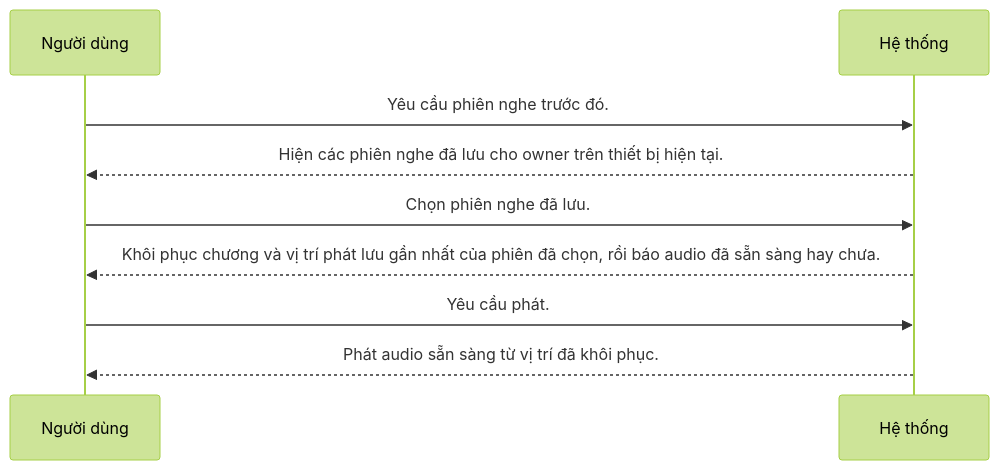
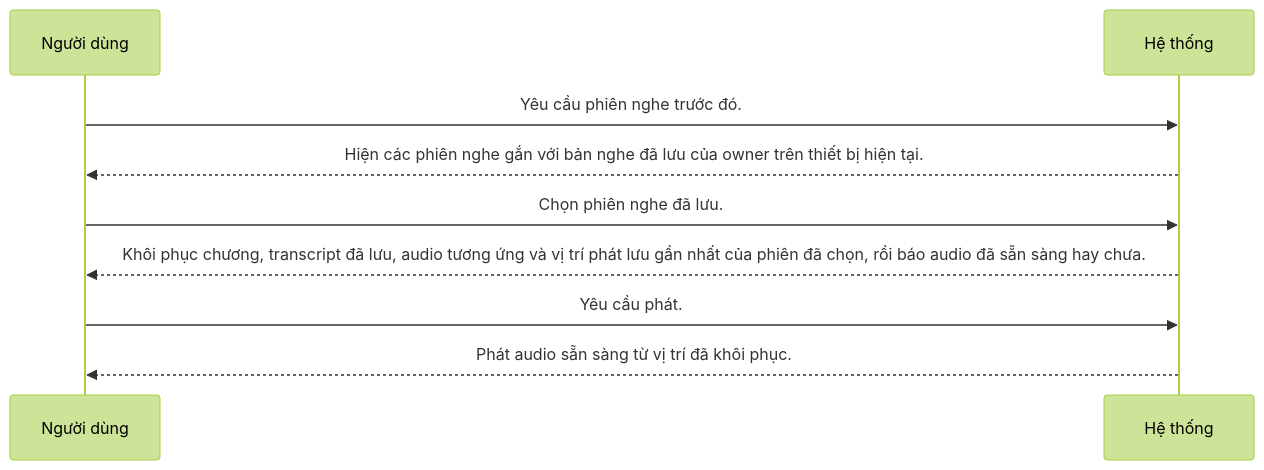
Before and after one commit to BuhDuy256/novsay: the diagram in docs/spec/02-use-cases/UC-003.md, drawn with Mermaid (forest theme). The commit also changed other lines of this file and 16 other files, not shown here.

````diff
--- a/docs/spec/02-use-cases/UC-003.md
+++ b/docs/spec/02-use-cases/UC-003.md
@@ -12,11 +12,11 @@
 ```mermaid
 sequenceDiagram
   participant U as Người dùng
   participant S as Hệ thống
   U->>S: Yêu cầu phiên nghe trước đó.
-  S-->>U: Hiện các phiên nghe đã lưu cho owner trên thiết bị hiện tại.
+  S-->>U: Hiện các phiên nghe gắn với bản nghe đã lưu của owner trên thiết bị hiện tại.
   U->>S: Chọn phiên nghe đã lưu.
-  S-->>U: Khôi phục chương và vị trí phát lưu gần nhất của phiên đã chọn, rồi báo audio đã sẵn sàng hay chưa.
+  S-->>U: Khôi phục chương, transcript đã lưu, audio tương ứng và vị trí phát lưu gần nhất của phiên đã chọn, rồi báo audio đã sẵn sàng hay chưa.
   U->>S: Yêu cầu phát.
   S-->>U: Phát audio sẵn sàng từ vị trí đã khôi phục.
 ```
````
